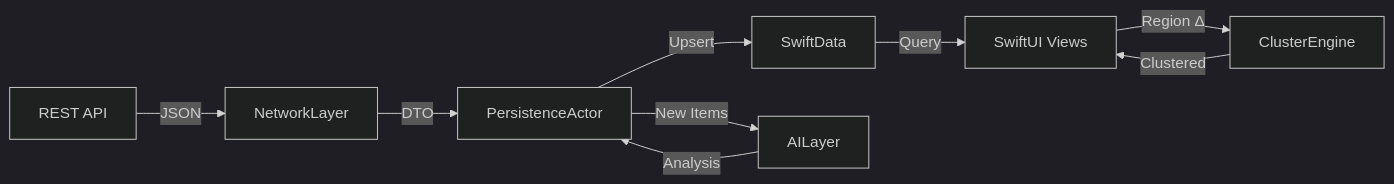
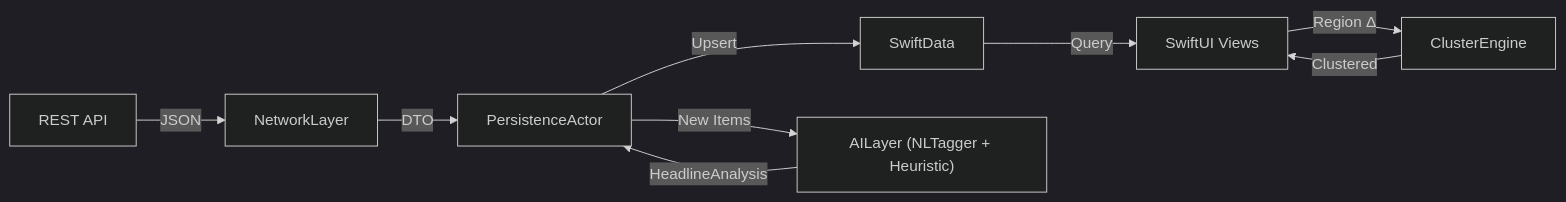
One commit to MrDavudGunduz/Nerve changed the diagram in README.md. Above: the diagram before and after it, drawn with Mermaid (dark theme). The commit also changed other lines of this file and 17 other files, not shown here.

````diff
--- a/README.md
+++ b/README.md
@@ -92,11 +93,11 @@
 ```mermaid
 flowchart LR
     API["REST API"] -->|JSON| NL["NetworkLayer"]
     NL -->|DTO| PA["PersistenceActor"]
     PA -->|Upsert| SD["SwiftData"]
     SD -->|Query| UI["SwiftUI Views"]
     UI -->|"Region Δ"| CE["ClusterEngine"]
     CE -->|Clustered| UI
-    PA -->|New Items| AI["AILayer"]
-    AI -->|Analysis| PA
+    PA -->|New Items| AI["AILayer (NLTagger + Heuristic)"]
+    AI -->|HeadlineAnalysis| PA
 ```
````
